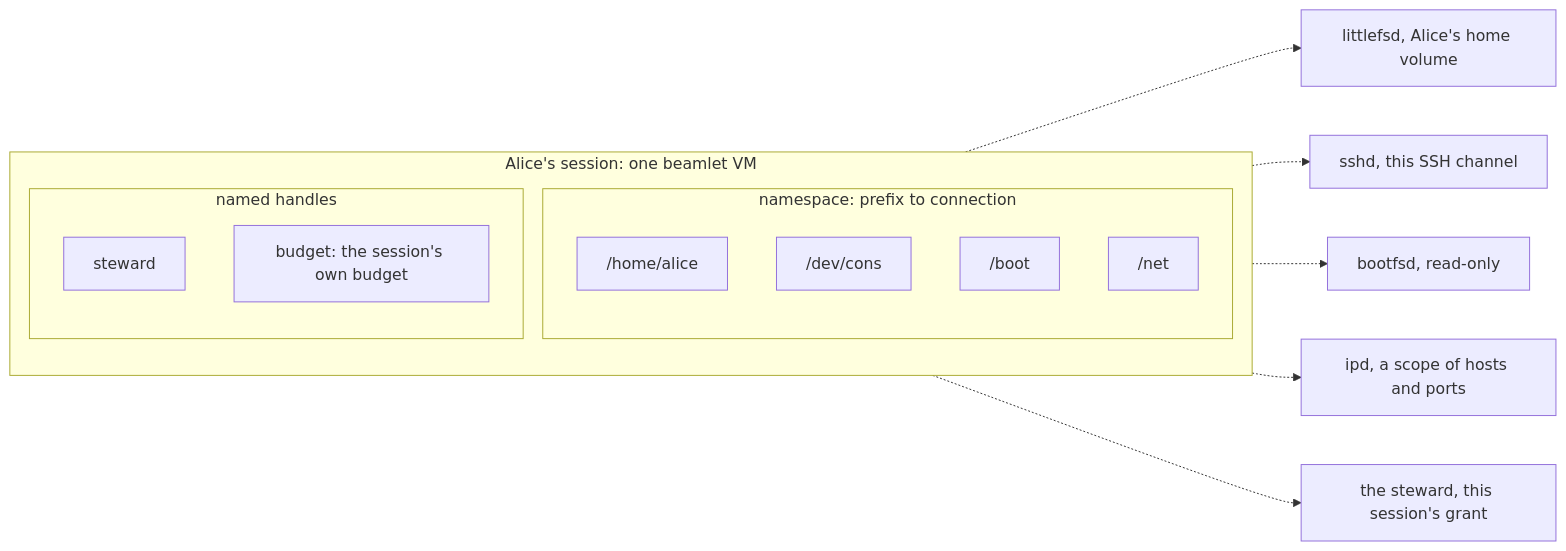
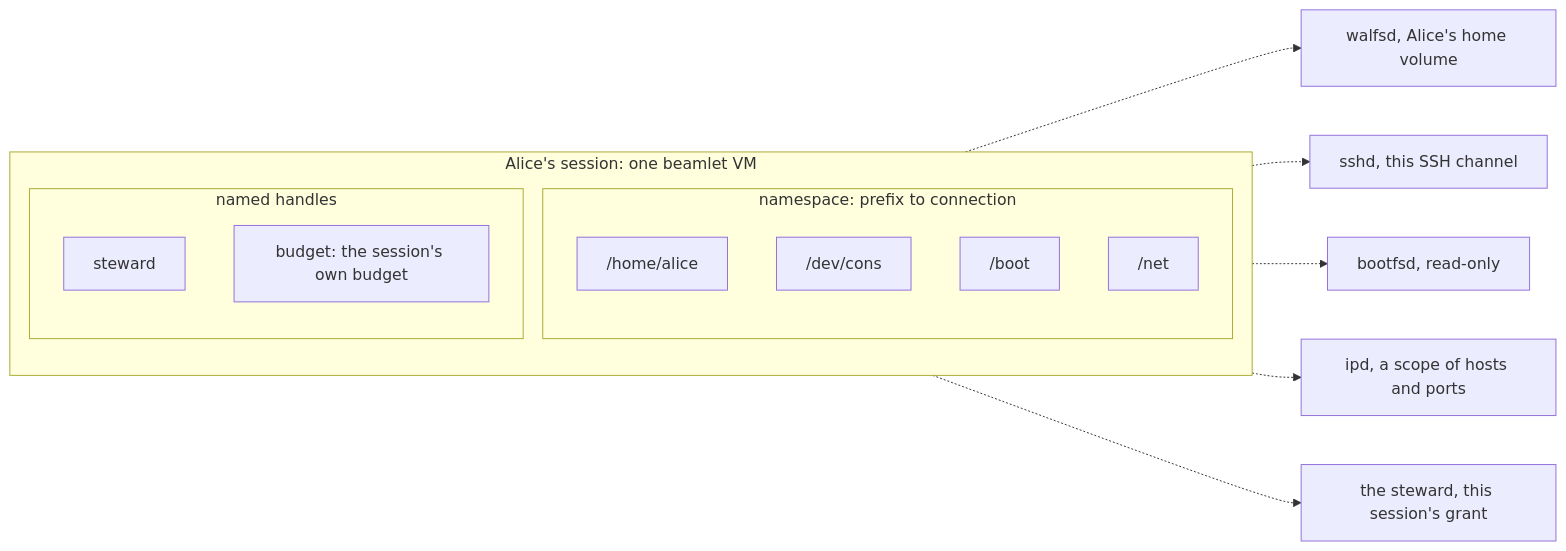
The diagram in docs/userland/sessions.md (sirmick/redoubt), drawn with Mermaid before and after one commit. The commit also changed other lines of this file and 25 other files, not shown here.

````diff
--- a/docs/userland/sessions.md
+++ b/docs/userland/sessions.md
@@ -139,21 +139,21 @@
 ```mermaid
 flowchart LR
     subgraph S["Alice's session: one beamlet VM"]
         direction TB
         subgraph NS["namespace: prefix to connection"]
             h["/home/alice"]
             c["/dev/cons"]
             b["/boot"]
             n["/net"]
         end
         subgraph NH["named handles"]
             st["steward"]
             bu["budget: the session's own budget"]
         end
     end
-    h -.-> FS["littlefsd, Alice's home volume"]
+    h -.-> FS["walfsd, Alice's home volume"]
     c -.-> SH["sshd, this SSH channel"]
     b -.-> BF["bootfsd, read-only"]
     n -.-> IP["ipd, a scope of hosts and ports"]
     st -.-> ST["the steward, this session's grant"]
 ```
````
